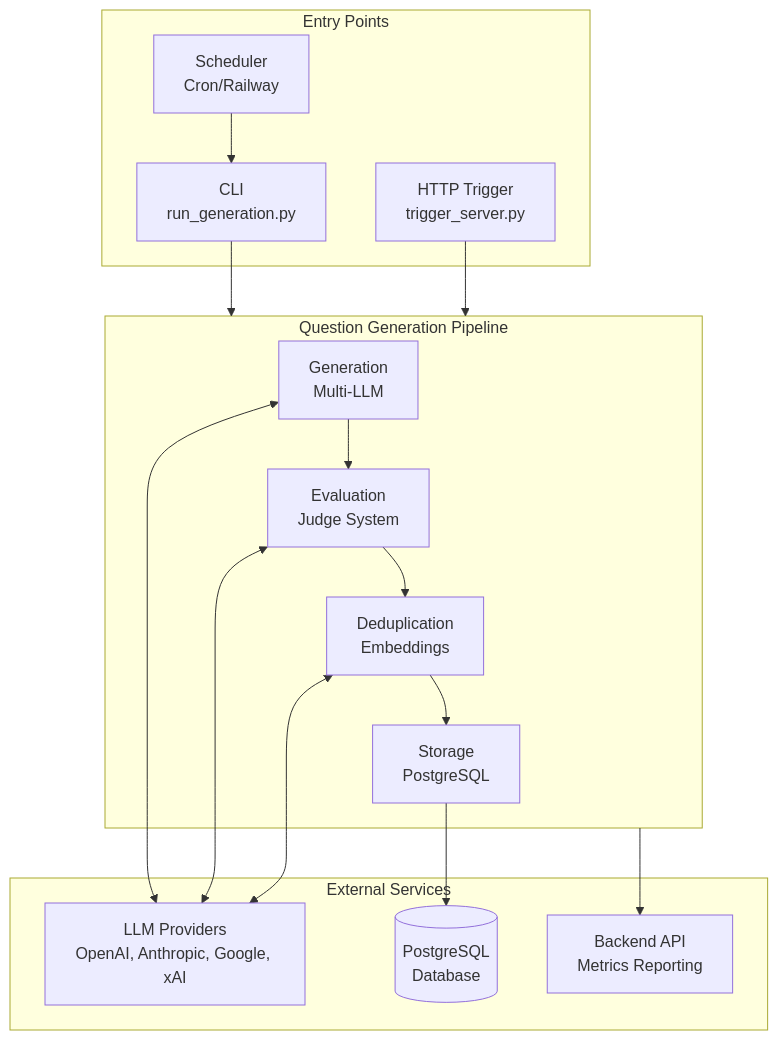
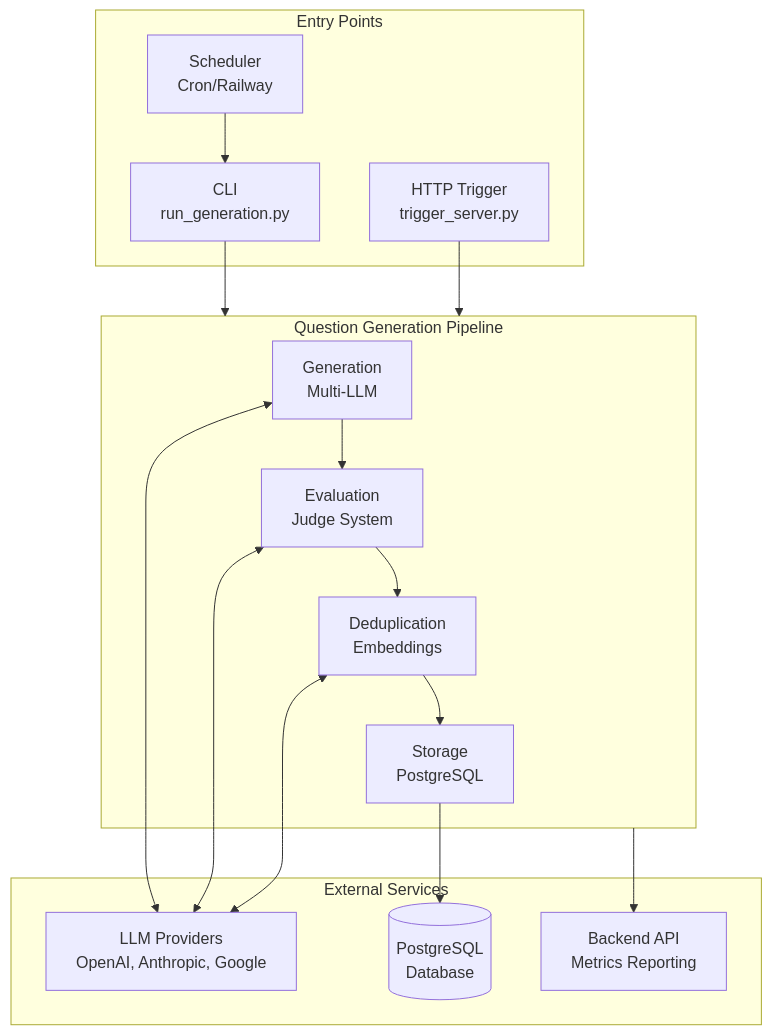
The first of 15 diagrams in question-service/docs/ARCHITECTURE.md (gioe/aiq), drawn with Mermaid before and after one commit. The commit also changed other lines of this file and 1 other file, not shown here.

Commit message:
[TASK-150] update PERFORMANCE.md and ARCHITECTURE.md: reflect 3-provider judge setup

````diff
--- a/question-service/docs/ARCHITECTURE.md
+++ b/question-service/docs/ARCHITECTURE.md
@@ -22,33 +22,33 @@
 ```mermaid
 flowchart TB
     subgraph Entry["Entry Points"]
         CLI["CLI<br/>run_generation.py"]
         HTTP["HTTP Trigger<br/>trigger_server.py"]
         CRON["Scheduler<br/>Cron/Railway"]
     end
 
     subgraph Pipeline["Question Generation Pipeline"]
         GEN["Generation<br/>Multi-LLM"]
         EVAL["Evaluation<br/>Judge System"]
         DEDUP["Deduplication<br/>Embeddings"]
         STORE["Storage<br/>PostgreSQL"]
     end
 
     subgraph External["External Services"]
-        LLM["LLM Providers<br/>OpenAI, Anthropic, Google, xAI"]
+        LLM["LLM Providers<br/>OpenAI, Anthropic, Google"]
         DB[(PostgreSQL<br/>Database)]
         BACKEND["Backend API<br/>Metrics Reporting"]
     end
 
     CLI --> Pipeline
     HTTP --> Pipeline
     CRON --> CLI
 
     GEN --> EVAL --> DEDUP --> STORE
 
     GEN <--> LLM
     EVAL <--> LLM
     DEDUP <--> LLM
     STORE --> DB
     Pipeline --> BACKEND
 ```
````
